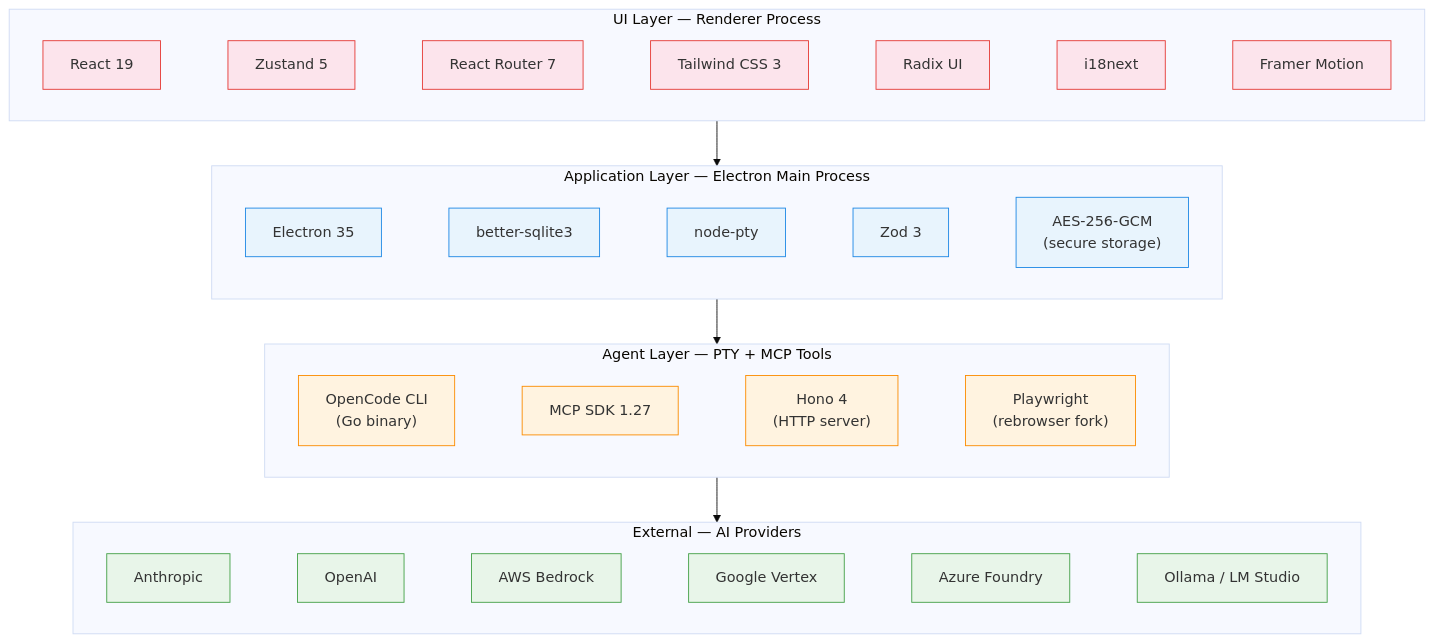
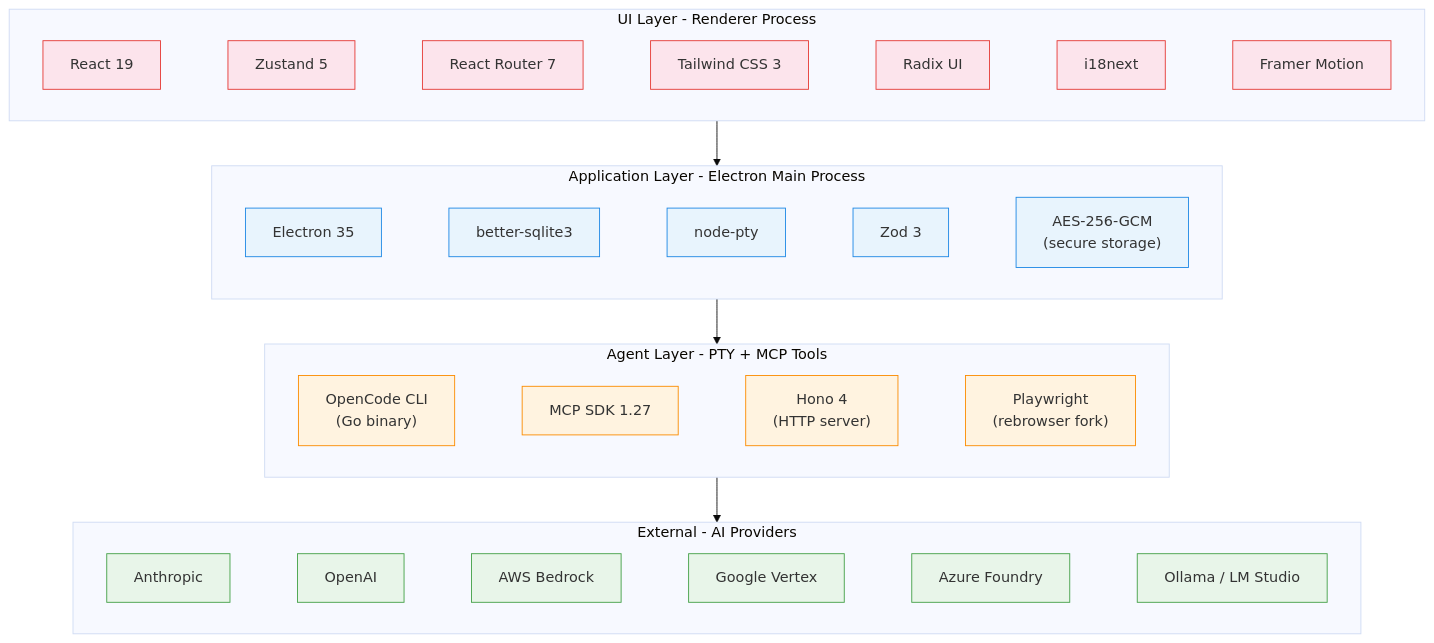
Before and after one commit to anastomotic-ai/anastomotic: the third of 7 diagrams in docs/development-viewpoint.md, drawn with Mermaid (base theme). The commit also changed other lines of this file and 165 other files, not shown here.

````diff
--- a/docs/development-viewpoint.md
+++ b/docs/development-viewpoint.md
@@ -88,36 +88,36 @@
 ```mermaid
 graph TB
-  subgraph UI_LAYER["UI Layer — Renderer Process"]
+  subgraph UI_LAYER["UI Layer - Renderer Process"]
     direction LR
     REACT["React 19"] ~~~ ZUSTAND["Zustand 5"] ~~~ ROUTER["React Router 7"] ~~~ TAILWIND["Tailwind CSS 3"] ~~~ RADIX["Radix UI"] ~~~ I18N["i18next"] ~~~ FRAMER["Framer Motion"]
   end
 
-  subgraph MAIN_LAYER["Application Layer — Electron Main Process"]
+  subgraph MAIN_LAYER["Application Layer - Electron Main Process"]
     direction LR
     ELECTRON["Electron 35"] ~~~ SQLITE["better-sqlite3"] ~~~ NODE_PTY["node-pty"] ~~~ ZOD["Zod 3"] ~~~ CRYPTO["AES-256-GCM<br/>(secure storage)"]
   end
 
-  subgraph AGENT_LAYER["Agent Layer — PTY + MCP Tools"]
+  subgraph AGENT_LAYER["Agent Layer - PTY + MCP Tools"]
     direction LR
     OPENCODE["OpenCode CLI<br/>(Go binary)"] ~~~ MCP_SDK["MCP SDK 1.27"] ~~~ HONO["Hono 4<br/>(HTTP server)"] ~~~ PLAYWRIGHT["Playwright<br/>(rebrowser fork)"]
   end
 
-  subgraph PROVIDER_LAYER["External — AI Providers"]
+  subgraph PROVIDER_LAYER["External - AI Providers"]
     direction LR
     ANTHROPIC["Anthropic"] ~~~ OPENAI["OpenAI"] ~~~ BEDROCK["AWS Bedrock"] ~~~ VERTEX["Google Vertex"] ~~~ AZURE["Azure Foundry"] ~~~ OLLAMA["Ollama / LM Studio"]
   end
 
   UI_LAYER --> MAIN_LAYER
   MAIN_LAYER --> AGENT_LAYER
   AGENT_LAYER --> PROVIDER_LAYER
 
   classDef ui fill:#fce4ec,stroke:#e53935
   classDef main fill:#e8f4fd,stroke:#1e88e5
   classDef agent fill:#fff3e0,stroke:#fb8c00
   classDef provider fill:#e8f5e9,stroke:#43a047
 
   class REACT,ZUSTAND,ROUTER,TAILWIND,RADIX,I18N,FRAMER ui
   class ELECTRON,SQLITE,NODE_PTY,ZOD,CRYPTO main
   class OPENCODE,MCP_SDK,HONO,PLAYWRIGHT agent
   class ANTHROPIC,OPENAI,BEDROCK,VERTEX,AZURE,OLLAMA provider
 ```
````
